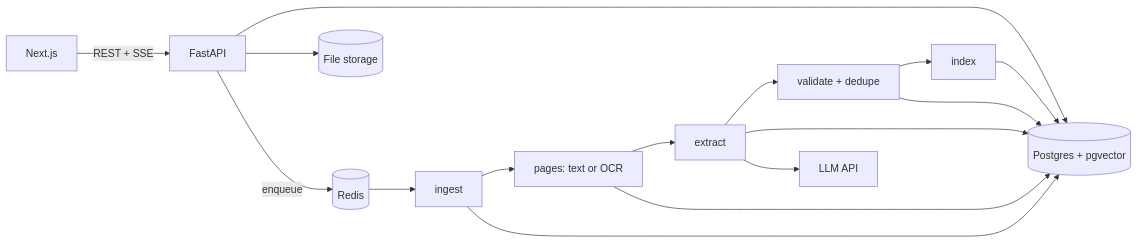
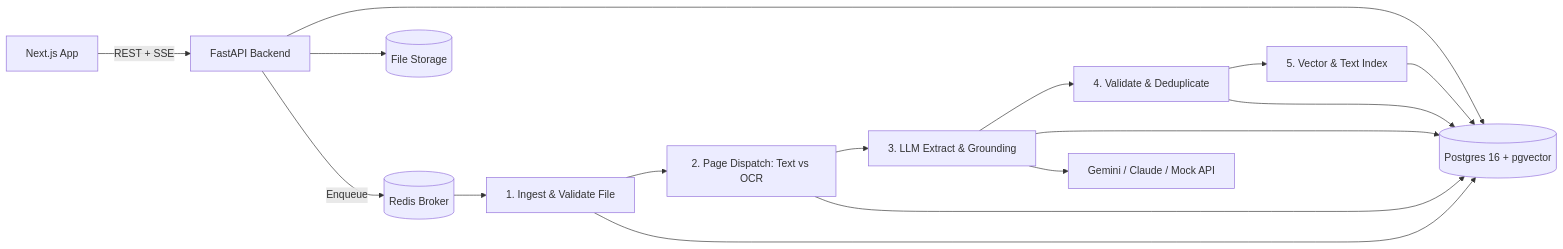
One commit to FaiazPronoy/Hisab-Kitab changed the diagram in README.md. Above: the diagram before and after it, drawn with Mermaid. The commit also changed other lines of this file, not shown here.

````diff
--- a/README.md
+++ b/README.md
@@ -68,10 +82,10 @@
 ```mermaid
 flowchart LR
-  UI[Next.js] -->|REST + SSE| API[FastAPI]
-  API --> PG[(Postgres + pgvector)]
-  API --> FS[(File storage)]
-  API -->|enqueue| R[(Redis)]
-  R --> I[ingest] --> O[pages: text or OCR] --> X[extract] --> F[validate + dedupe] --> N[index]
+  UI[Next.js App] -->|REST + SSE| API[FastAPI Backend]
+  API --> PG[(Postgres 16 + pgvector)]
+  API --> FS[(File Storage)]
+  API -->|Enqueue| R[(Redis Broker)]
+  R --> I[1. Ingest & Validate File] --> O[2. Page Dispatch: Text vs OCR] --> X[3. LLM Extract & Grounding] --> F[4. Validate & Deduplicate] --> N[5. Vector & Text Index]
   I & O & X & F & N --> PG
-  X --> LLM[LLM API]
+  X --> LLM[Gemini / Claude / Mock API]
 ```
````
